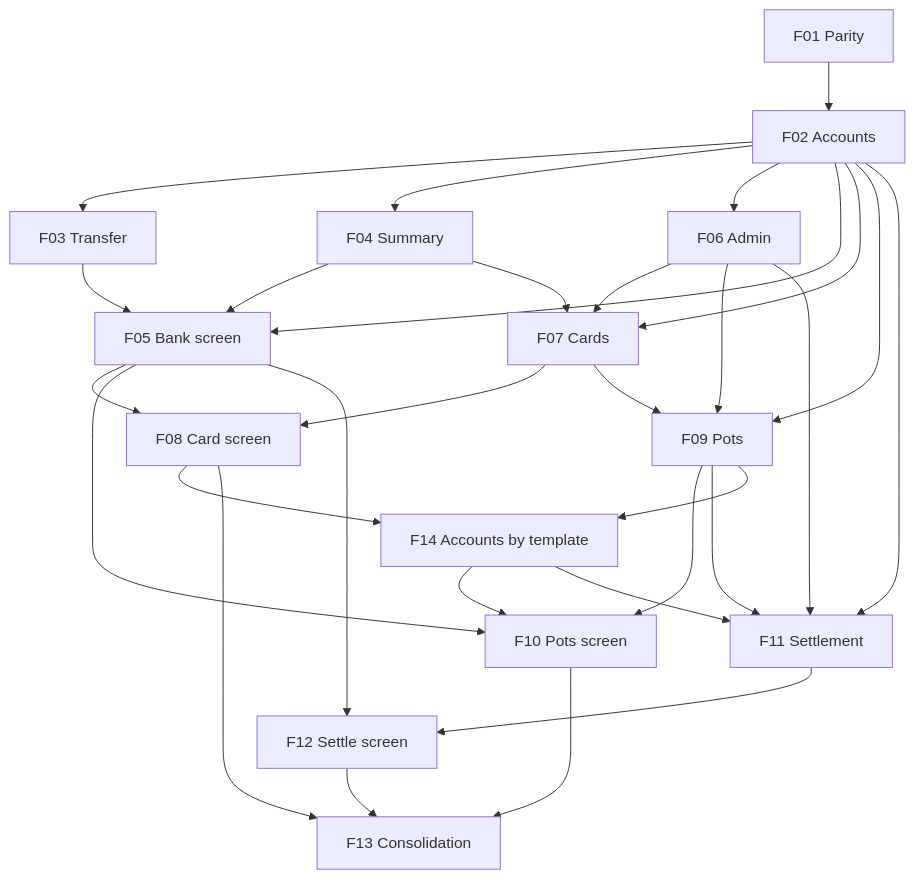
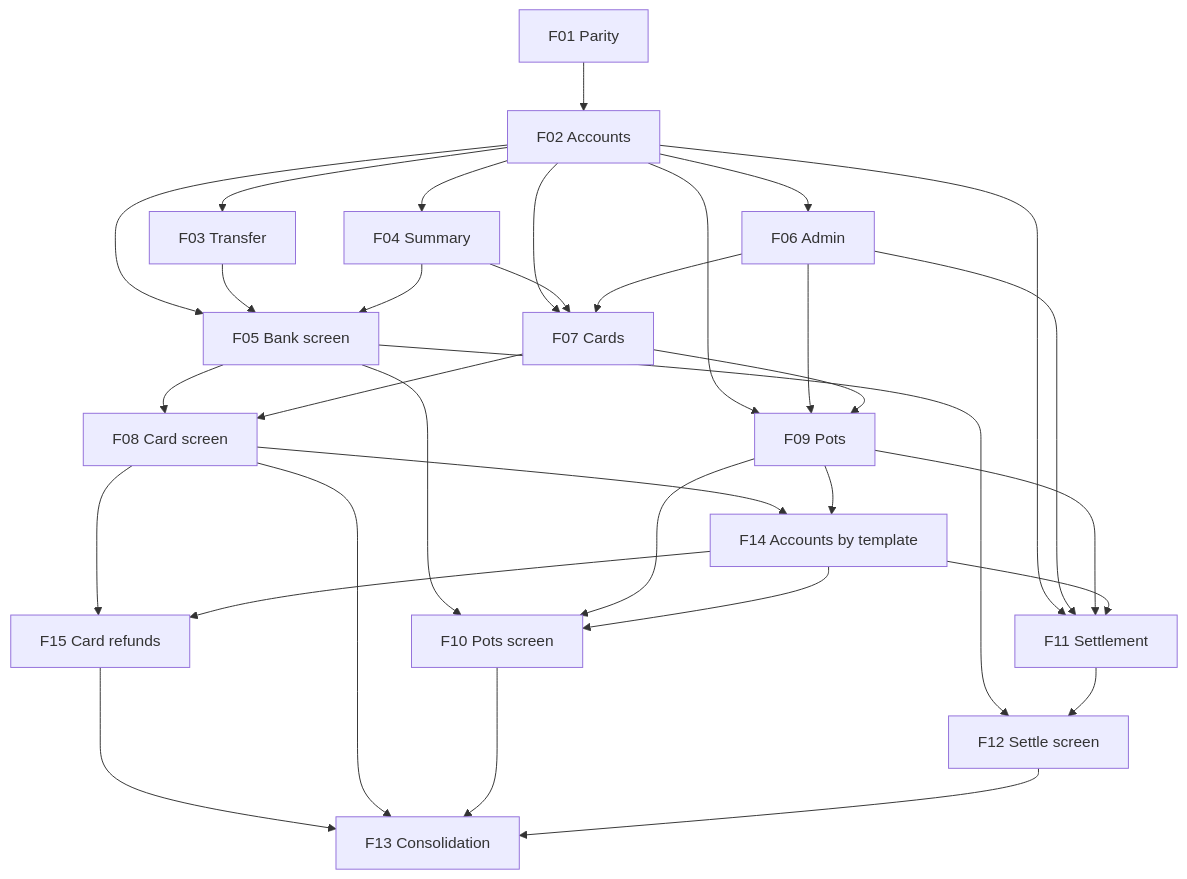
The diagram in docs/prd/P60-prd-cashflow-accounts-generalization/prd-cashflow-accounts-generalization.md (ggibellato/Financial), drawn with Mermaid before and after one commit. The commit also changed other lines of this file, not shown here.

First line of the commit message:
docs(P60-F15): card refunds and credit

````diff
--- a/docs/prd/P60-prd-cashflow-accounts-generalization/prd-cashflow-accounts-generalization.md
+++ b/docs/prd/P60-prd-cashflow-accounts-generalization/prd-cashflow-accounts-generalization.md
@@ -712,32 +754,35 @@
 ```mermaid
 graph TD
   F01[F01 Parity] --> F02[F02 Accounts]
   F02 --> F03[F03 Transfer]
   F02 --> F04[F04 Summary]
   F02 --> F06[F06 Admin]
   F02 --> F05[F05 Bank screen]
   F03 --> F05
   F04 --> F05
   F02 --> F07[F07 Cards]
   F04 --> F07
   F06 --> F07
   F05 --> F08[F08 Card screen]
   F07 --> F08
   F02 --> F09[F09 Pots]
   F06 --> F09
   F07 --> F09
   F05 --> F10[F10 Pots screen]
   F09 --> F10
   F02 --> F11[F11 Settlement]
   F06 --> F11
   F09 --> F11
   F05 --> F12[F12 Settle screen]
   F11 --> F12
   F08 --> F14[F14 Accounts by template]
   F09 --> F14
   F14 --> F10
   F14 --> F11
+  F08 --> F15[F15 Card refunds]
+  F14 --> F15
+  F15 --> F13
   F08 --> F13[F13 Consolidation]
   F10 --> F13
   F12 --> F13
 ```
````
